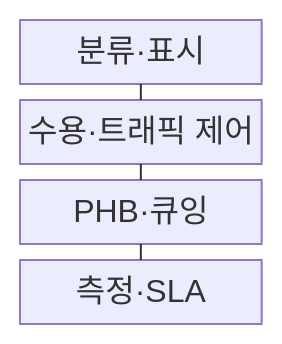
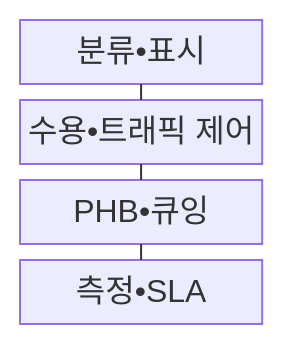
One commit to agnusdei1207/knowledge-base changed the first of 2 diagrams in src/content/docs/notes/04-network/072_qos_diffserv_intserv.md. Above: the diagram before and after it, drawn with Mermaid. The commit also changed other lines of this file and 953 other files, not shown here.

````diff
--- a/src/content/docs/notes/04-network/072_qos_diffserv_intserv.md
+++ b/src/content/docs/notes/04-network/072_qos_diffserv_intserv.md
@@ -65,11 +65,11 @@
 ```mermaid
 block-beta
     columns 1
-    A["분류·표시"]
-    B["수용·트래픽 제어"]
-    C["PHB·큐잉"]
-    D["측정·SLA"]
+    A["분류•표시"]
+    B["수용•트래픽 제어"]
+    C["PHB•큐잉"]
+    D["측정•SLA"]
     A --- B
     B --- C
     C --- D
 ```
````
